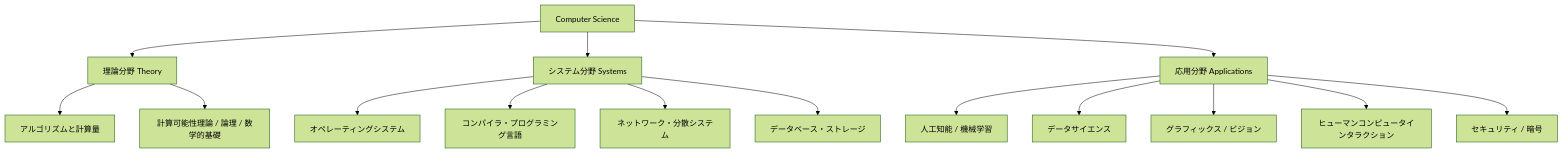
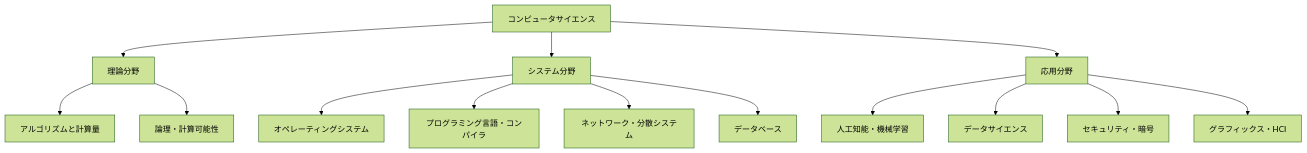
The diagram in docs/cs/Computer Science; CS.md (n4304-ndensan/dojo), drawn with Mermaid (forest theme) before and after one commit. The commit also changed other lines of this file and 30 other files, not shown here.

````diff
--- a/docs/cs/Computer Science; CS.md
+++ b/docs/cs/Computer Science; CS.md
@@ -29,20 +37,19 @@
 ```mermaid
 graph TD
-CS[Computer Science] --> THEORY[理論分野 Theory]
-CS --> SYSTEMS[システム分野 Systems]
-CS --> APPLICATIONS[応用分野 Applications]
+CS[コンピュータサイエンス] --> THEORY[理論分野]
+CS --> SYSTEMS[システム分野]
+CS --> APPLICATIONS[応用分野]
 
 THEORY --> ALGO[アルゴリズムと計算量]
-THEORY --> MATH[計算可能性理論 / 論理 / 数学的基礎]
+THEORY --> LOGIC[論理・計算可能性]
 
 SYSTEMS --> OS[オペレーティングシステム]
-SYSTEMS --> COMP[コンパイラ・プログラミング言語]
+SYSTEMS --> LANG[プログラミング言語・コンパイラ]
 SYSTEMS --> NET[ネットワーク・分散システム]
-SYSTEMS --> DB[データベース・ストレージ]
+SYSTEMS --> DB[データベース]
 
-APPLICATIONS --> AI[人工知能 / 機械学習]
+APPLICATIONS --> AI[人工知能・機械学習]
 APPLICATIONS --> DATA[データサイエンス]
-APPLICATIONS --> GRAPHICS[グラフィックス / ビジョン]
-APPLICATIONS --> HCI[ヒューマンコンピュータインタラクション]
-APPLICATIONS --> SECURITY[セキュリティ / 暗号]
+APPLICATIONS --> SECURITY[セキュリティ・暗号]
+APPLICATIONS --> GRAPHICS[グラフィックス・HCI]
 ```
````
